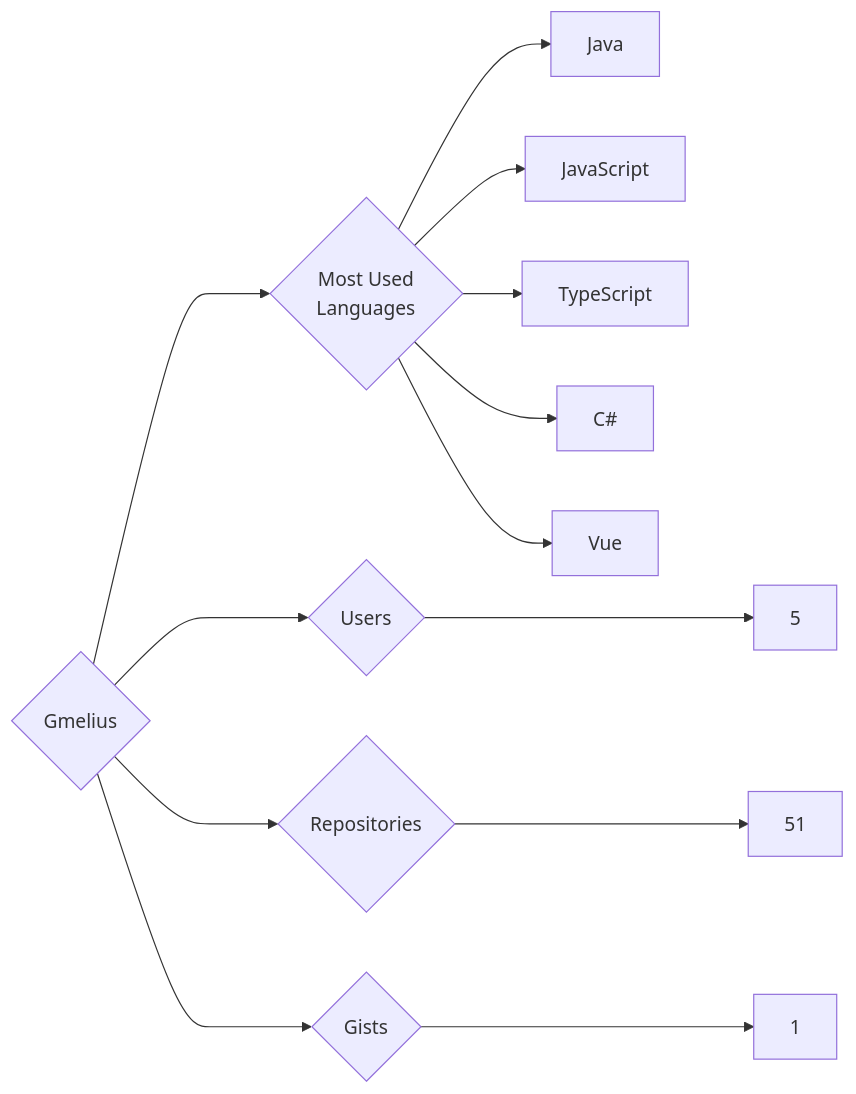
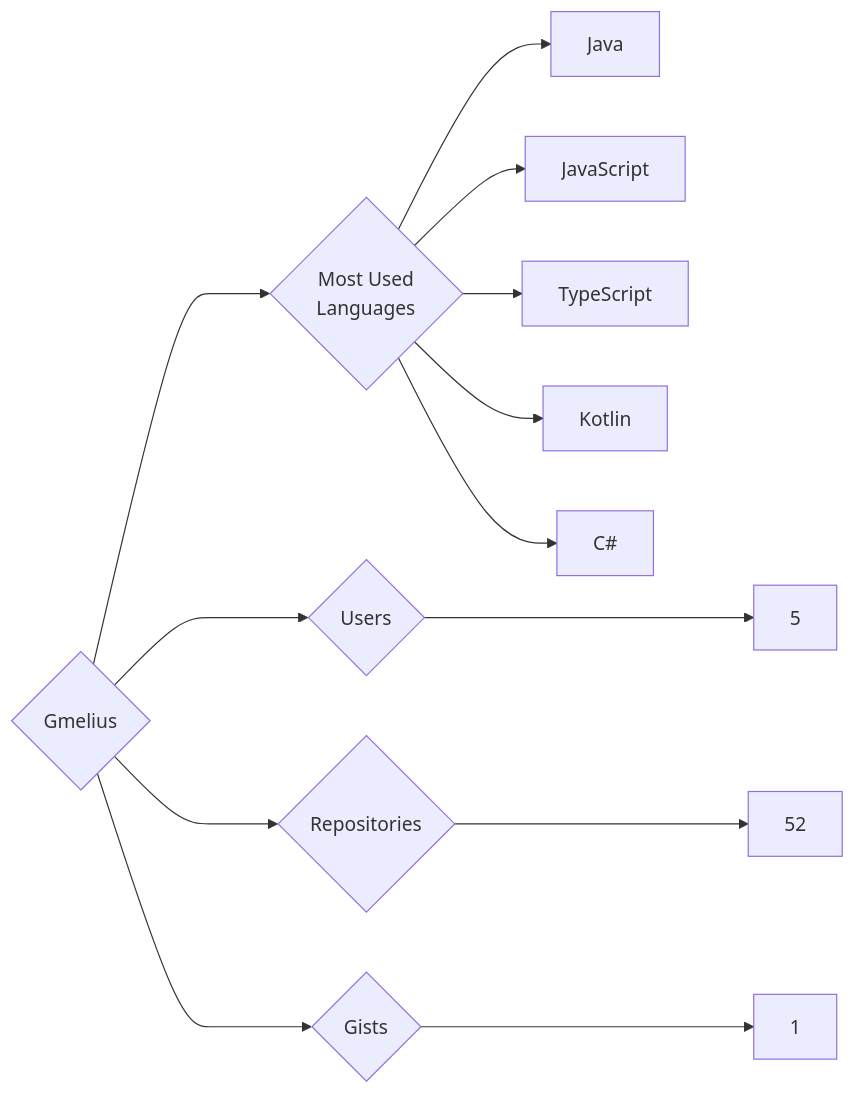
The diagram in targets/Gmelius/README.md (trickest/insiders), drawn with Mermaid before and after one commit. The commit also changed 894 other files, not shown here.

````diff
--- a/targets/Gmelius/README.md
+++ b/targets/Gmelius/README.md
@@ -3,13 +3,13 @@
 ```mermaid
 graph LR
 COMPANY_NAME{Gmelius}
 COMPANY_NAME ---> U{Users} ---> UN[5]
-COMPANY_NAME ---> R{Repositories} ---> RN[51]
+COMPANY_NAME ---> R{Repositories} ---> RN[52]
 COMPANY_NAME ---> G{Gists} ---> GN[1]
 COMPANY_NAME ---> ML{Most Used<br>Languages}
 ML --> Java[Java]
 ML --> JavaScript[JavaScript]
 ML --> TypeScript[TypeScript]
+ML --> Kotlin[Kotlin]
 ML --> C#[C#]
-ML --> Vue[Vue]
 ```
````
